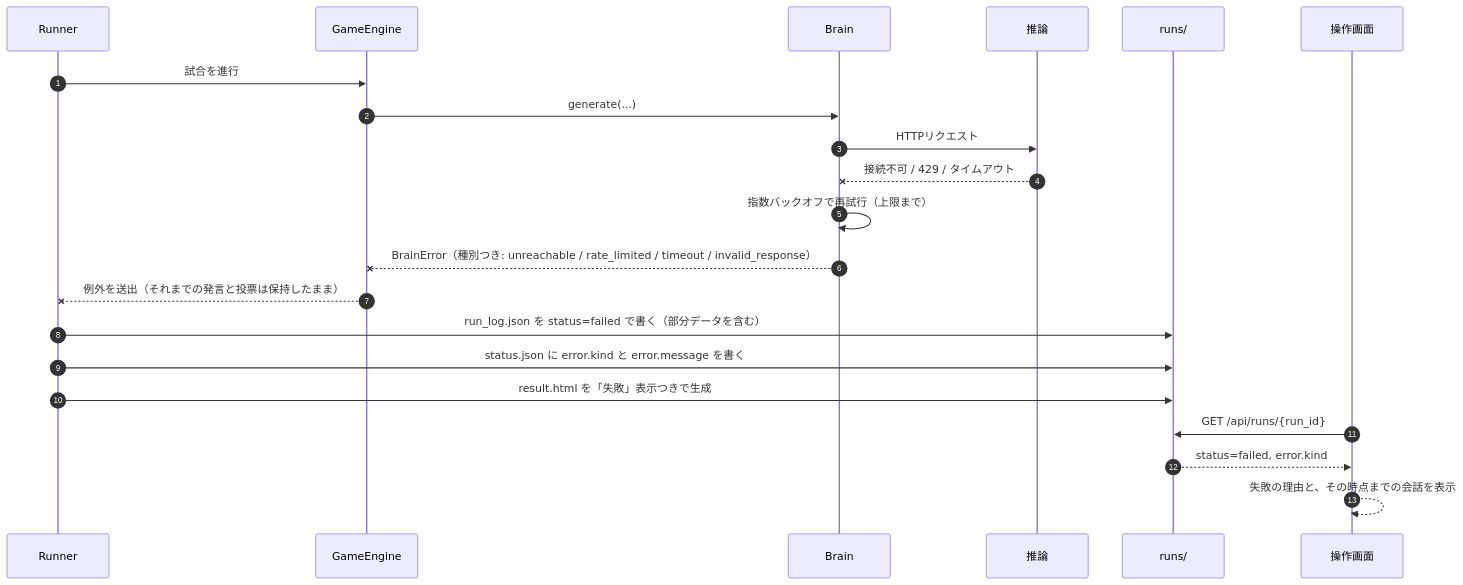
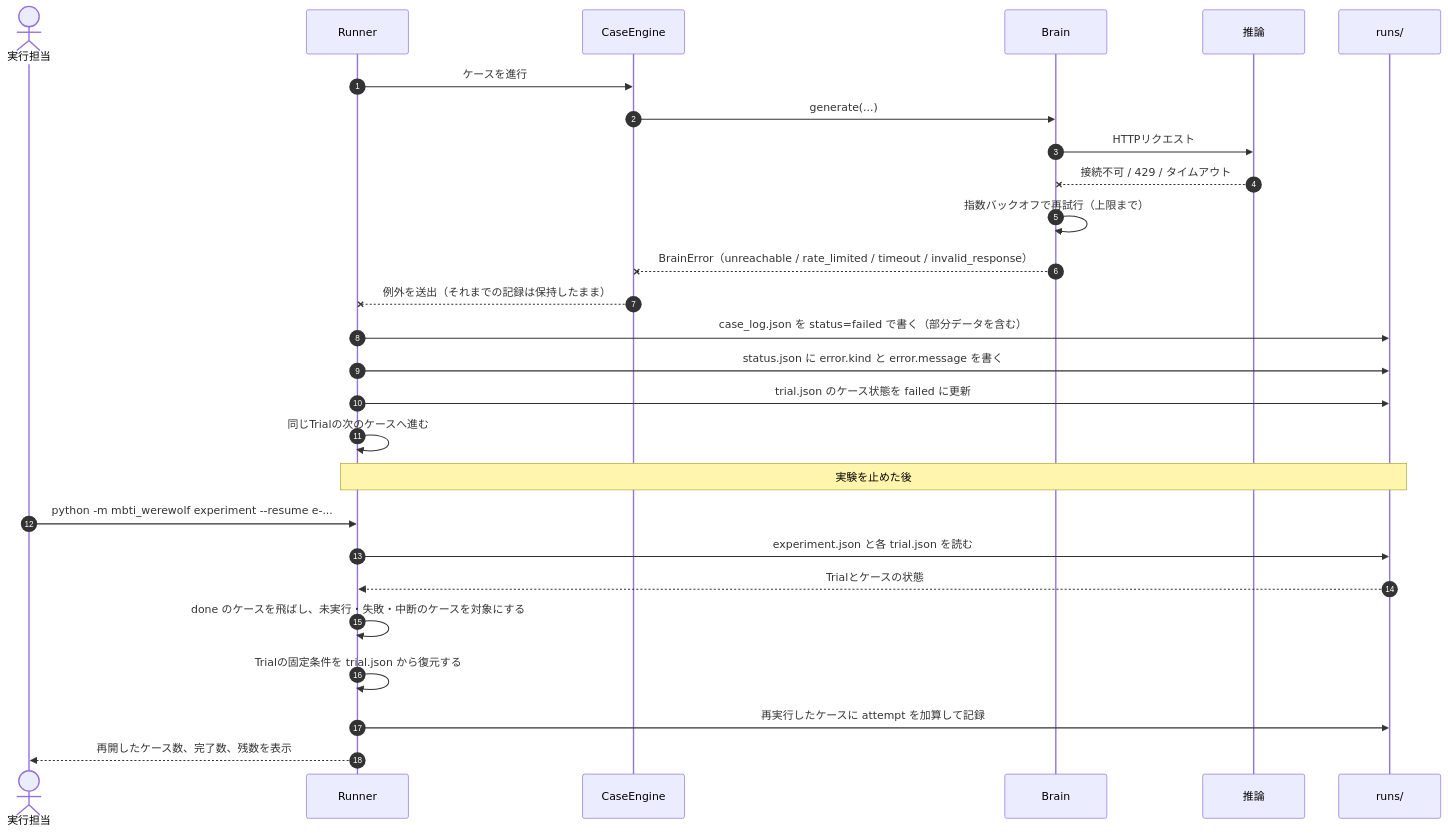
One commit to ziriss8120121/hackathon-test changed the sixth of 11 diagrams in docs/design.md. Above: the diagram before and after it, drawn with Mermaid. The commit also changed other lines of this file and 2 other files, not shown here.

````diff
--- a/docs/design.md
+++ b/docs/design.md
@@ -344,25 +545,32 @@
 ```mermaid
 sequenceDiagram
     autonumber
+    actor U as 実行担当
     participant R as Runner
-    participant E as GameEngine
+    participant E as CaseEngine
     participant B as Brain
     participant L as 推論
     participant FS as runs/
-    participant SCR as 操作画面
 
-    R->>E: 試合を進行
+    R->>E: ケースを進行
     E->>B: generate(...)
     B->>L: HTTPリクエスト
     L--xB: 接続不可 / 429 / タイムアウト
     B->>B: 指数バックオフで再試行（上限まで）
-    B--xE: BrainError（種別つき: unreachable / rate_limited / timeout / invalid_response）
-    E--xR: 例外を送出（それまでの発言と投票は保持したまま）
-    R->>FS: run_log.json を status=failed で書く（部分データを含む）
+    B--xE: BrainError（unreachable / rate_limited / timeout / invalid_response）
+    E--xR: 例外を送出（それまでの記録は保持したまま）
+    R->>FS: case_log.json を status=failed で書く（部分データを含む）
     R->>FS: status.json に error.kind と error.message を書く
-    R->>FS: result.html を「失敗」表示つきで生成
+    R->>FS: trial.json のケース状態を failed に更新
+    R->>R: 同じTrialの次のケースへ進む
 
-    SCR->>FS: GET /api/runs/{run_id}
-    FS-->>SCR: status=failed, error.kind
-    SCR-->>SCR: 失敗の理由と、その時点までの会話を表示
+    Note over R,FS: 実験を止めた後
+
+    U->>R: python -m mbti_werewolf experiment --resume e-...
+    R->>FS: experiment.json と各 trial.json を読む
+    FS-->>R: Trialとケースの状態
+    R->>R: done のケースを飛ばし、未実行・失敗・中断のケースを対象にする
+    R->>R: Trialの固定条件を trial.json から復元する
+    R->>FS: 再実行したケースに attempt を加算して記録
+    R-->>U: 再開したケース数、完了数、残数を表示
 ```
````
